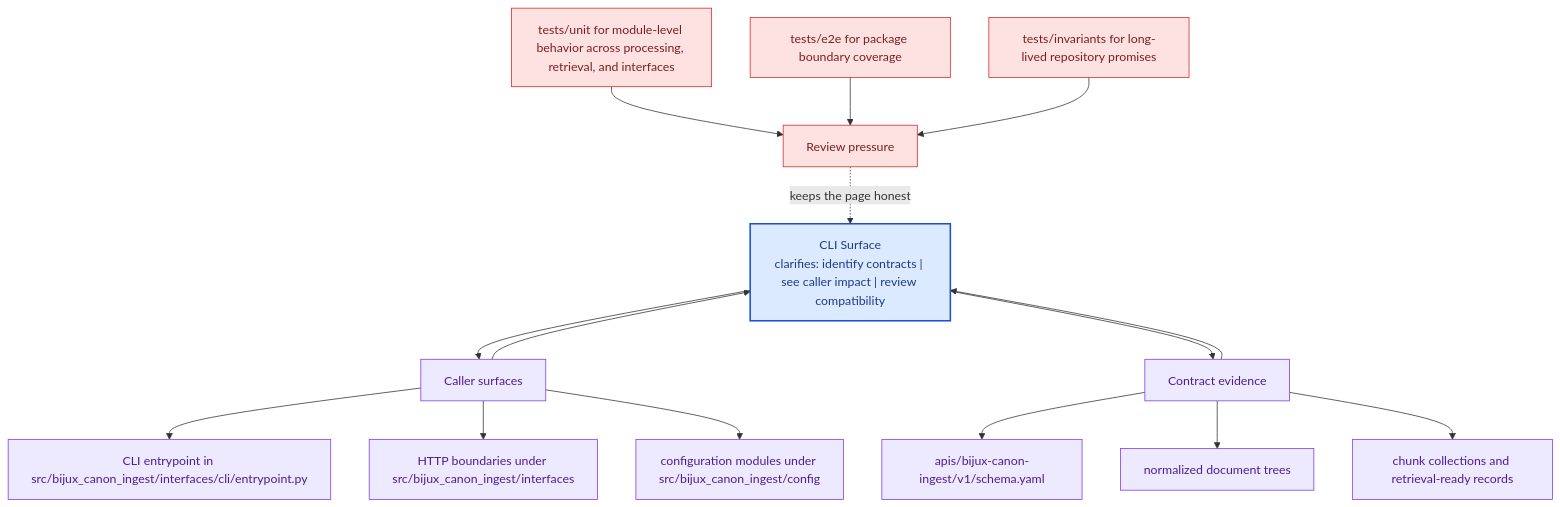
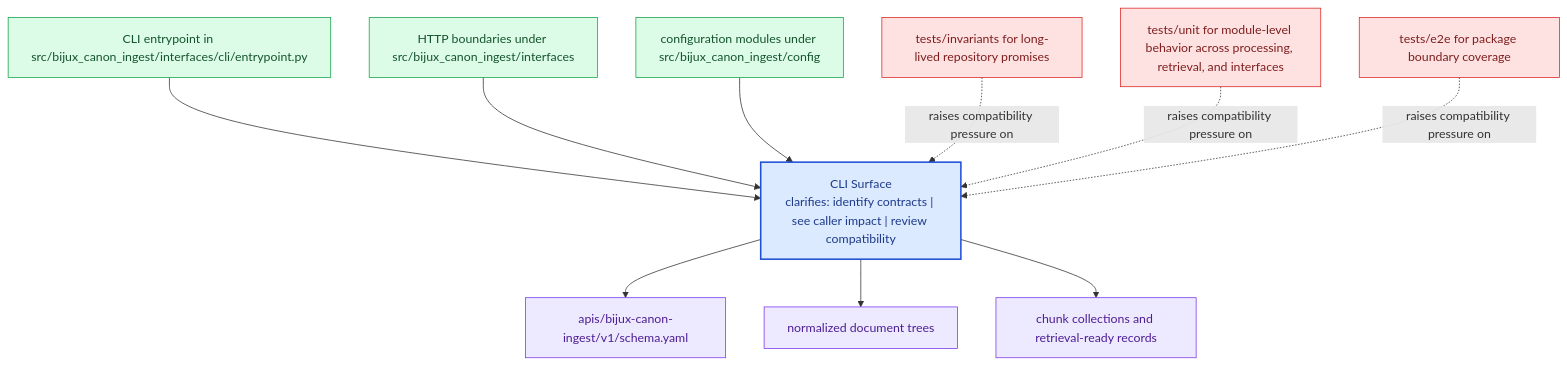
Before and after one commit to bijux/bijux-canon: the diagram in docs/bijux-canon-ingest/interfaces/cli-surface.md, drawn with Mermaid. The commit also changed other lines of this file and 281 other files, not shown here.

Commit message:
docs(diagrams): replace repeated mermaid scaffolds with page-specific summaries

````diff
--- a/docs/bijux-canon-ingest/interfaces/cli-surface.md
+++ b/docs/bijux-canon-ingest/interfaces/cli-surface.md
@@ -69,41 +24,31 @@
 ```mermaid
 flowchart TB
-    promise["CLI Surface<br/>clarifies: identify contracts | see caller impact | review compatibility"]
-    classDef promise fill:#dbeafe,stroke:#1d4ed8,color:#1e3a8a,stroke-width:2px;
-    classDef driver fill:#dcfce7,stroke:#16a34a,color:#14532d;
-    classDef constraint fill:#fee2e2,stroke:#dc2626,color:#7f1d1d;
-    classDef ground fill:#ede9fe,stroke:#7c3aed,color:#4c1d95;
-    focus1["Caller surfaces"]
-    focus1 --> promise
-    promise --> focus1
-    focus1_1["CLI entrypoint in src/bijux_canon_ingest/interfaces/cli/entrypoint.py"]
-    focus1 --> focus1_1
-    focus1_2["HTTP boundaries under src/bijux_canon_ingest/interfaces"]
-    focus1 --> focus1_2
-    focus1_3["configuration modules under src/bijux_canon_ingest/config"]
-    focus1 --> focus1_3
-    class focus1 ground;
-    class focus1_1,focus1_2,focus1_3 ground;
-    focus2["Contract evidence"]
-    focus2 --> promise
-    promise --> focus2
-    focus2_1["apis/bijux-canon-ingest/v1/schema.yaml"]
-    focus2 --> focus2_1
-    focus2_2["normalized document trees"]
-    focus2 --> focus2_2
-    focus2_3["chunk collections and retrieval-ready records"]
-    focus2 --> focus2_3
-    class focus2 ground;
-    class focus2_1,focus2_2,focus2_3 ground;
-    focus3["Review pressure"]
-    focus3 -.keeps the page honest.-> promise
-    focus3_1["tests/unit for module-level behavior across processing, retrieval, and interfaces"]
-    focus3_1 --> focus3
-    focus3_2["tests/e2e for package boundary coverage"]
-    focus3_2 --> focus3
-    focus3_3["tests/invariants for long-lived repository promises"]
-    focus3_3 --> focus3
-    class focus3 constraint;
-    class focus3_1,focus3_2,focus3_3 constraint;
-    class promise promise;
+    page["CLI Surface<br/>clarifies: identify contracts | see caller impact | review compatibility"]
+    classDef page fill:#dbeafe,stroke:#1d4ed8,color:#1e3a8a,stroke-width:2px;
+    classDef positive fill:#dcfce7,stroke:#16a34a,color:#14532d;
+    classDef caution fill:#fee2e2,stroke:#dc2626,color:#7f1d1d;
+    classDef anchor fill:#ede9fe,stroke:#7c3aed,color:#4c1d95;
+    classDef action fill:#fef3c7,stroke:#d97706,color:#7c2d12;
+    surface1["CLI entrypoint in src/bijux_canon_ingest/interfaces/cli/entrypoint.py"]
+    surface1 --> page
+    surface2["HTTP boundaries under src/bijux_canon_ingest/interfaces"]
+    surface2 --> page
+    surface3["configuration modules under src/bijux_canon_ingest/config"]
+    surface3 --> page
+    proof1["apis/bijux-canon-ingest/v1/schema.yaml"]
+    page --> proof1
+    proof2["normalized document trees"]
+    page --> proof2
+    proof3["chunk collections and retrieval-ready records"]
+    page --> proof3
+    review1["tests/invariants for long-lived repository promises"]
+    review1 -.raises compatibility pressure on.-> page
+    review2["tests/unit for module-level behavior across processing, retrieval, and interfaces"]
+    review2 -.raises compatibility pressure on.-> page
+    review3["tests/e2e for package boundary coverage"]
+    review3 -.raises compatibility pressure on.-> page
+    class page page;
+    class surface1,surface2,surface3 positive;
+    class proof1,proof2,proof3 anchor;
+    class review1,review2,review3 caution;
 ```
````
